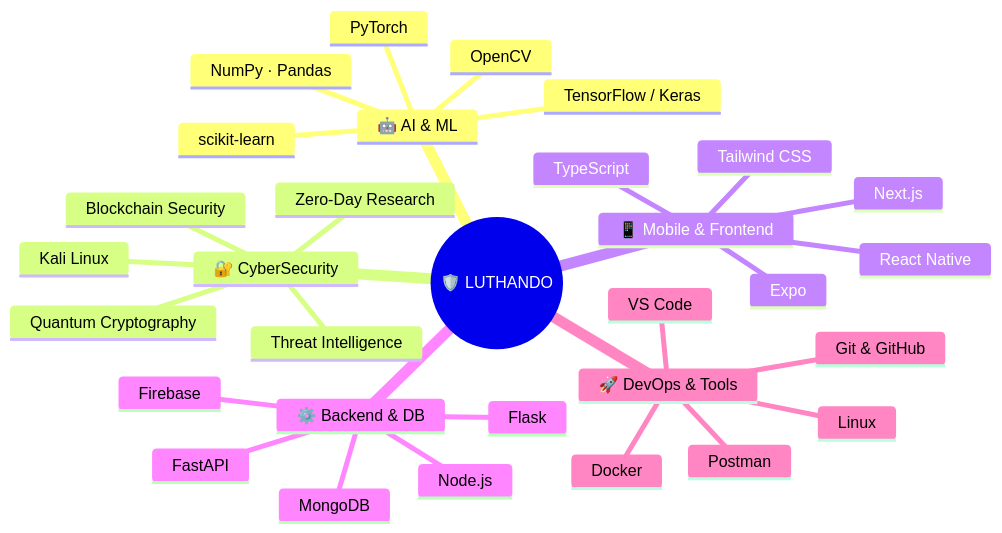
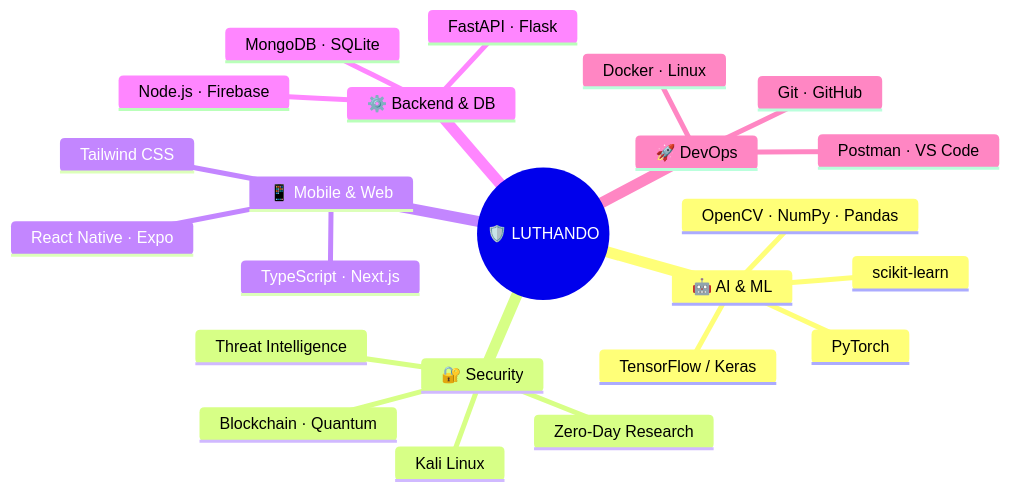
One commit to LuthandoCandlovu/LuthandoCandlovu changed the second of 7 diagrams in README.md. Above: the diagram before and after it, drawn with Mermaid. The commit also changed other lines of this file, not shown here.

````diff
--- a/README.md
+++ b/README.md
@@ -147,34 +134,26 @@
 ```mermaid
 mindmap
   root((🛡️ LUTHANDO))
     🤖 AI & ML
       TensorFlow / Keras
       PyTorch
       scikit-learn
-      OpenCV
-      NumPy · Pandas
-    🔐 CyberSecurity
+      OpenCV · NumPy · Pandas
+    🔐 Security
       Kali Linux
       Zero-Day Research
       Threat Intelligence
-      Blockchain Security
-      Quantum Cryptography
-    📱 Mobile & Frontend
-      React Native
-      TypeScript
-      Next.js
+      Blockchain · Quantum
+    📱 Mobile & Web
+      React Native · Expo
+      TypeScript · Next.js
       Tailwind CSS
-      Expo
     ⚙️ Backend & DB
-      FastAPI
-      Node.js
-      Flask
-      Firebase
-      MongoDB
-    🚀 DevOps & Tools
-      Docker
-      Linux
-      Git & GitHub
-      Postman
-      VS Code
+      FastAPI · Flask
+      Node.js · Firebase
+      MongoDB · SQLite
+    🚀 DevOps
+      Docker · Linux
+      Git · GitHub
+      Postman · VS Code
 ```
````
